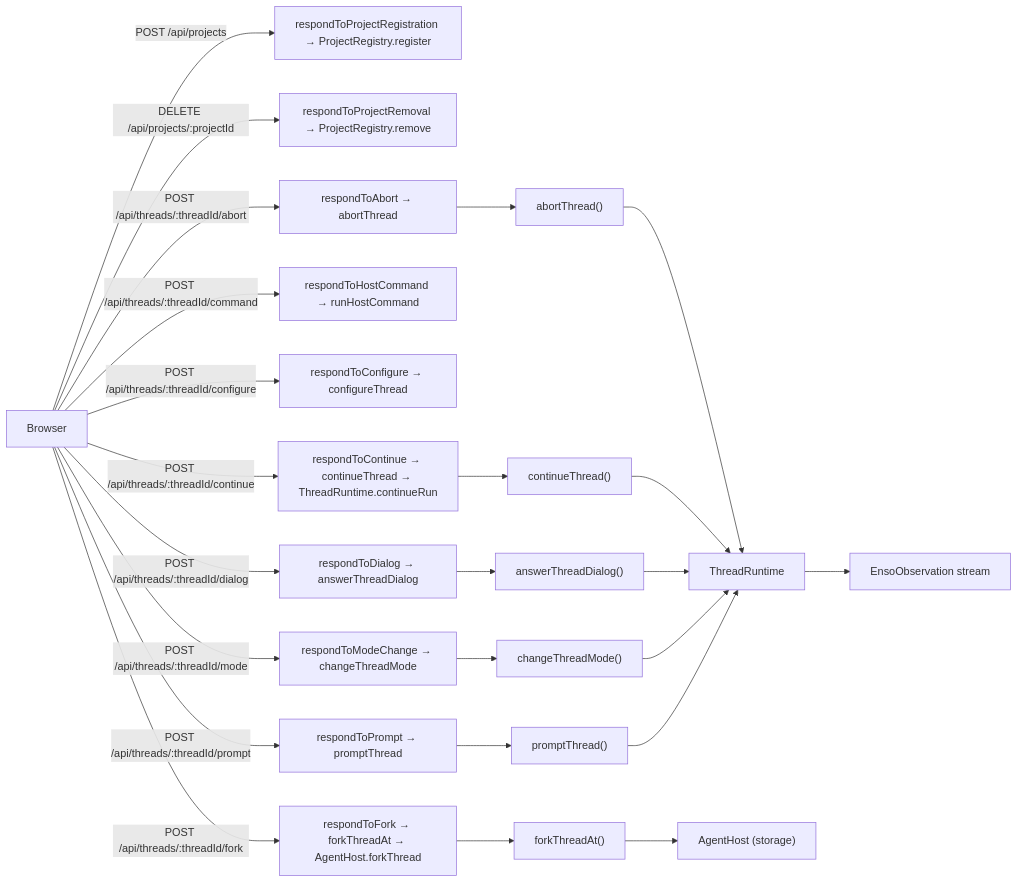
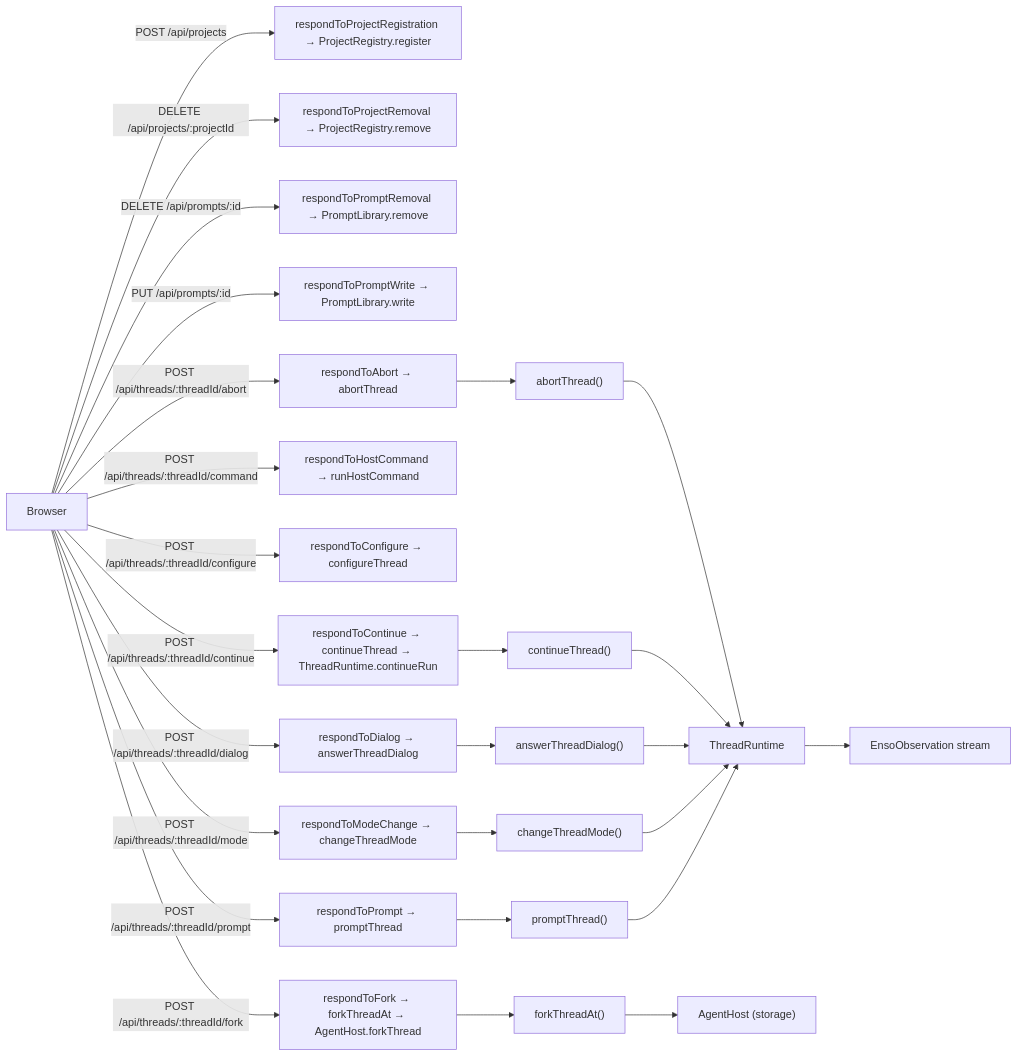
Before and after one commit to dopamine911/enso-harness: the first of 2 diagrams in docs/reference/flows.md, drawn with Mermaid. The commit also changed other lines of this file and 34 other files, not shown here.

````diff
--- a/docs/reference/flows.md
+++ b/docs/reference/flows.md
@@ -10,28 +10,30 @@
 ```mermaid
 flowchart LR
   Browser["Browser"]
   Browser -->|POST /api/projects| R_POST_api_projects["respondToProjectRegistration → ProjectRegistry.register"]
   Browser -->|DELETE /api/projects/:projectId| R_DELETE_api_projects_projectId["respondToProjectRemoval → ProjectRegistry.remove"]
+  Browser -->|DELETE /api/prompts/:id| R_DELETE_api_prompts_id["respondToPromptRemoval → PromptLibrary.remove"]
+  Browser -->|PUT /api/prompts/:id| R_PUT_api_prompts_id["respondToPromptWrite → PromptLibrary.write"]
   Browser -->|POST /api/threads/:threadId/abort| R_POST_api_threads_threadId_abort["respondToAbort → abortThread"]
   R_POST_api_threads_threadId_abort --> H_respondToAbort_abortThread["abortThread()"]
   H_respondToAbort_abortThread --> Runtime
   Browser -->|POST /api/threads/:threadId/command| R_POST_api_threads_threadId_command["respondToHostCommand → runHostCommand"]
   Browser -->|POST /api/threads/:threadId/configure| R_POST_api_threads_threadId_configure["respondToConfigure → configureThread"]
   Browser -->|POST /api/threads/:threadId/continue| R_POST_api_threads_threadId_continue["respondToContinue → continueThread → ThreadRuntime.continueRun"]
   R_POST_api_threads_threadId_continue --> H_respondToContinue_continueThread_ThreadRuntime_continueRun["continueThread()"]
   H_respondToContinue_continueThread_ThreadRuntime_continueRun --> Runtime
   Browser -->|POST /api/threads/:threadId/dialog| R_POST_api_threads_threadId_dialog["respondToDialog → answerThreadDialog"]
   R_POST_api_threads_threadId_dialog --> H_respondToDialog_answerThreadDialog["answerThreadDialog()"]
   H_respondToDialog_answerThreadDialog --> Runtime
   Browser -->|POST /api/threads/:threadId/fork| R_POST_api_threads_threadId_fork["respondToFork → forkThreadAt → AgentHost.forkThread"]
   R_POST_api_threads_threadId_fork --> H_respondToFork_forkThreadAt_AgentHost_forkThread["forkThreadAt()"]
   H_respondToFork_forkThreadAt_AgentHost_forkThread --> Storage
   Browser -->|POST /api/threads/:threadId/mode| R_POST_api_threads_threadId_mode["respondToModeChange → changeThreadMode"]
   R_POST_api_threads_threadId_mode --> H_respondToModeChange_changeThreadMode["changeThreadMode()"]
   H_respondToModeChange_changeThreadMode --> Runtime
   Browser -->|POST /api/threads/:threadId/prompt| R_POST_api_threads_threadId_prompt["respondToPrompt → promptThread"]
   R_POST_api_threads_threadId_prompt --> H_respondToPrompt_promptThread["promptThread()"]
   H_respondToPrompt_promptThread --> Runtime
   Storage["AgentHost (storage)"]
   Runtime["ThreadRuntime"] --> Observations["EnsoObservation stream"]
 ```
````
